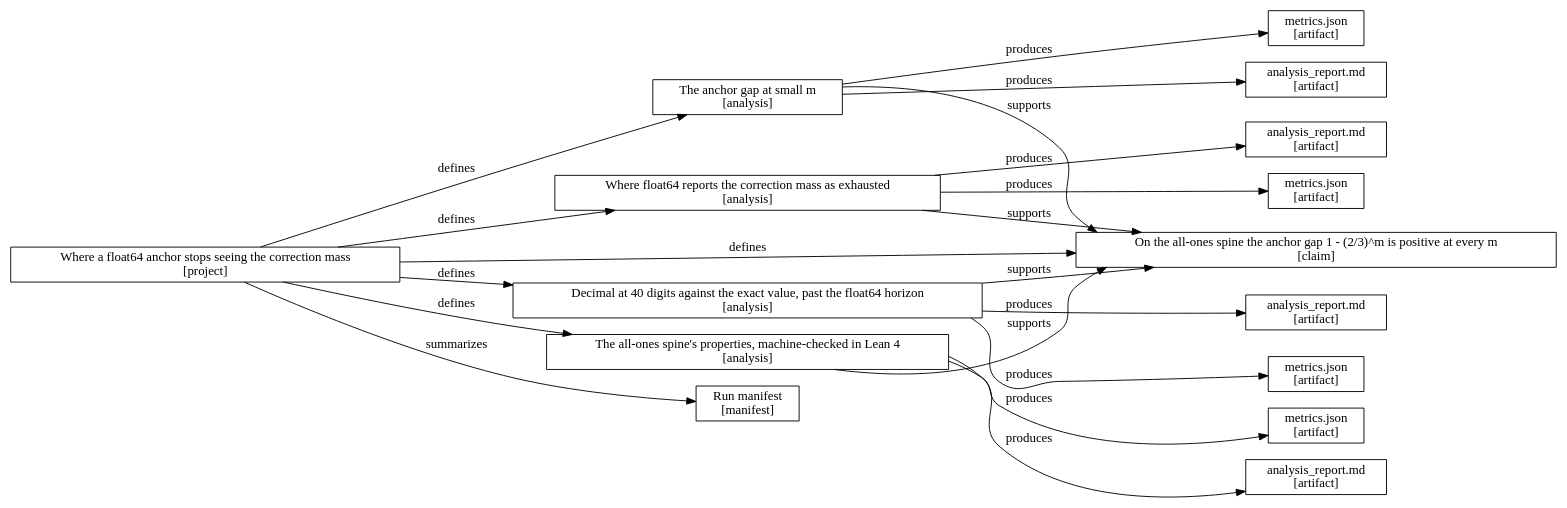
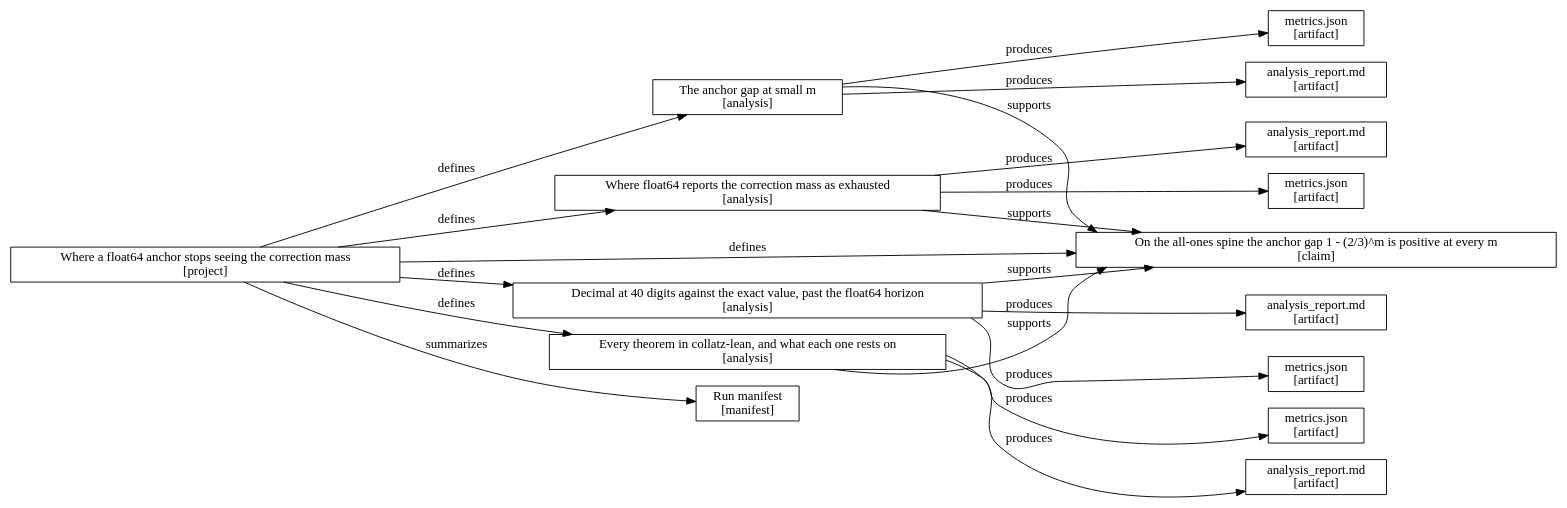
The diagram in collatz-verification-zhuiheng/felra/artifacts/provenance/provenance.dot (kakon77777-commits/amral-research-trees), drawn with Graphviz before and after one commit. The commit also changed 18 other files, not shown here.

First line of the commit message:
collatz: the formal claim now covers the whole Lean development

```diff
--- a/collatz-verification-zhuiheng/felra/artifacts/provenance/provenance.dot
+++ b/collatz-verification-zhuiheng/felra/artifacts/provenance/provenance.dot
@@ -1,37 +1,37 @@
 digraph FELRA {
   rankdir=LR;
   node [shape=box];
   "project" [label="Where a float64 anchor stops seeing the correction mass\n[project]"];
   "claim:correction_mass_never_exhausts" [label="On the all-ones spine the anchor gap 1 - (2/3)^m is positive at every m\n[claim]"];
   "analysis:anchor_gap_below_the_horizon" [label="The anchor gap at small m\n[analysis]"];
   "artifact:anchor_gap_below_the_horizon:analyses\\anchor_gap_below_the_horizon\\analysis_report.md" [label="analysis_report.md\n[artifact]"];
   "artifact:anchor_gap_below_the_horizon:analyses\\anchor_gap_below_the_horizon\\metrics.json" [label="metrics.json\n[artifact]"];
   "analysis:anchor_gap_at_the_horizon" [label="Where float64 reports the correction mass as exhausted\n[analysis]"];
   "artifact:anchor_gap_at_the_horizon:analyses\\anchor_gap_at_the_horizon\\analysis_report.md" [label="analysis_report.md\n[artifact]"];
   "artifact:anchor_gap_at_the_horizon:analyses\\anchor_gap_at_the_horizon\\metrics.json" [label="metrics.json\n[artifact]"];
   "analysis:decimal_still_sees_it" [label="Decimal at 40 digits against the exact value, past the float64 horizon\n[analysis]"];
   "artifact:decimal_still_sees_it:analyses\\decimal_still_sees_it\\analysis_report.md" [label="analysis_report.md\n[artifact]"];
   "artifact:decimal_still_sees_it:analyses\\decimal_still_sees_it\\metrics.json" [label="metrics.json\n[artifact]"];
-  "analysis:lean_all_ones_spine" [label="The all-ones spine's properties, machine-checked in Lean 4\n[analysis]"];
-  "artifact:lean_all_ones_spine:analyses\\lean_all_ones_spine\\analysis_report.md" [label="analysis_report.md\n[artifact]"];
-  "artifact:lean_all_ones_spine:analyses\\lean_all_ones_spine\\metrics.json" [label="metrics.json\n[artifact]"];
+  "analysis:lean_whole_development_axiom_audit" [label="Every theorem in collatz-lean, and what each one rests on\n[analysis]"];
+  "artifact:lean_whole_development_axiom_audit:analyses\\lean_whole_development_axiom_audit\\analysis_report.md" [label="analysis_report.md\n[artifact]"];
+  "artifact:lean_whole_development_axiom_audit:analyses\\lean_whole_development_axiom_audit\\metrics.json" [label="metrics.json\n[artifact]"];
   "manifest" [label="Run manifest\n[manifest]"];
   "project" -> "claim:correction_mass_never_exhausts" [label="defines"];
   "project" -> "analysis:anchor_gap_below_the_horizon" [label="defines"];
   "analysis:anchor_gap_below_the_horizon" -> "claim:correction_mass_never_exhausts" [label="supports"];
   "analysis:anchor_gap_below_the_horizon" -> "artifact:anchor_gap_below_the_horizon:analyses\\anchor_gap_below_the_horizon\\analysis_report.md" [label="produces"];
   "analysis:anchor_gap_below_the_horizon" -> "artifact:anchor_gap_below_the_horizon:analyses\\anchor_gap_below_the_horizon\\metrics.json" [label="produces"];
   "project" -> "analysis:anchor_gap_at_the_horizon" [label="defines"];
   "analysis:anchor_gap_at_the_horizon" -> "claim:correction_mass_never_exhausts" [label="supports"];
   "analysis:anchor_gap_at_the_horizon" -> "artifact:anchor_gap_at_the_horizon:analyses\\anchor_gap_at_the_horizon\\analysis_report.md" [label="produces"];
   "analysis:anchor_gap_at_the_horizon" -> "artifact:anchor_gap_at_the_horizon:analyses\\anchor_gap_at_the_horizon\\metrics.json" [label="produces"];
   "project" -> "analysis:decimal_still_sees_it" [label="defines"];
   "analysis:decimal_still_sees_it" -> "claim:correction_mass_never_exhausts" [label="supports"];
   "analysis:decimal_still_sees_it" -> "artifact:decimal_still_sees_it:analyses\\decimal_still_sees_it\\analysis_report.md" [label="produces"];
   "analysis:decimal_still_sees_it" -> "artifact:decimal_still_sees_it:analyses\\decimal_still_sees_it\\metrics.json" [label="produces"];
-  "project" -> "analysis:lean_all_ones_spine" [label="defines"];
-  "analysis:lean_all_ones_spine" -> "claim:correction_mass_never_exhausts" [label="supports"];
-  "analysis:lean_all_ones_spine" -> "artifact:lean_all_ones_spine:analyses\\lean_all_ones_spine\\analysis_report.md" [label="produces"];
-  "analysis:lean_all_ones_spine" -> "artifact:lean_all_ones_spine:analyses\\lean_all_ones_spine\\metrics.json" [label="produces"];
+  "project" -> "analysis:lean_whole_development_axiom_audit" [label="defines"];
+  "analysis:lean_whole_development_axiom_audit" -> "claim:correction_mass_never_exhausts" [label="supports"];
+  "analysis:lean_whole_development_axiom_audit" -> "artifact:lean_whole_development_axiom_audit:analyses\\lean_whole_development_axiom_audit\\analysis_report.md" [label="produces"];
+  "analysis:lean_whole_development_axiom_audit" -> "artifact:lean_whole_development_axiom_audit:analyses\\lean_whole_development_axiom_audit\\metrics.json" [label="produces"];
   "project" -> "manifest" [label="summarizes"];
 }
```
